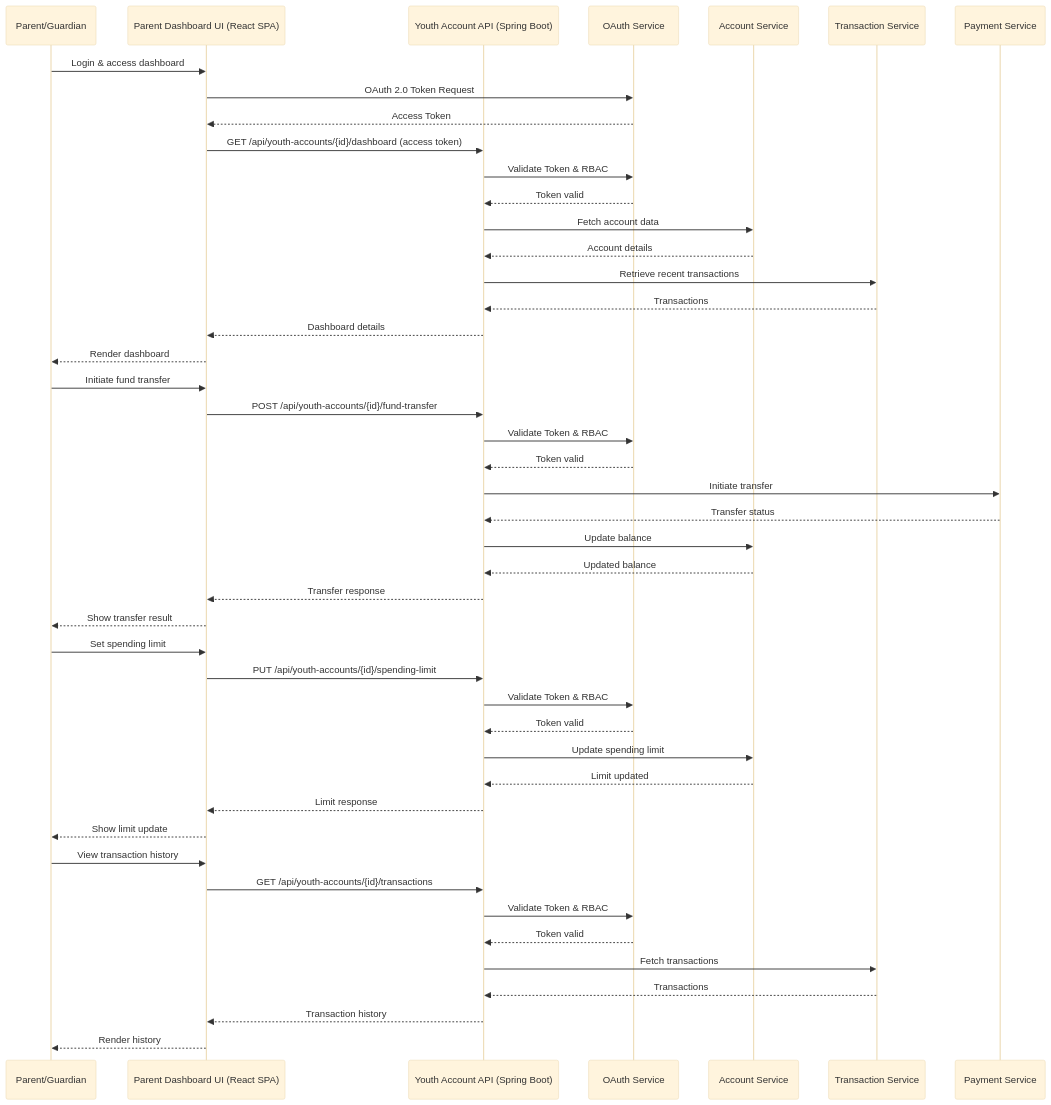
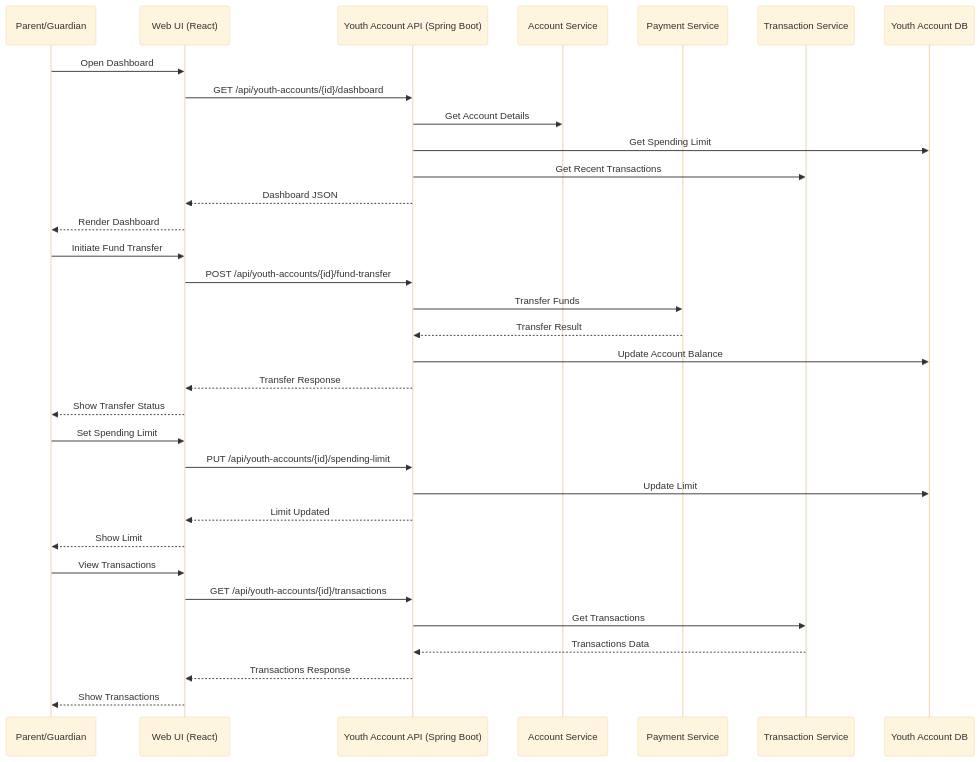
One commit to Ascend-Krithi/SCIB-Inception changed the diagram in Components and Sequence Diagrams/sequence_diagram.mmd. Above: the diagram before and after it, drawn with Mermaid (base theme). The commit also changed 1 other file, not shown here.

```diff
--- a/Components and Sequence Diagrams/sequence_diagram.mmd
+++ b/Components and Sequence Diagrams/sequence_diagram.mmd
@@ -1,51 +1,42 @@
-%% Sequence Diagram for Youth Account Management API
+%% Sequence Diagram for Youth Account Management API (Mermaid)
 sequenceDiagram
-    participant Parent as Parent/Guardian
-    participant UI as Parent Dashboard UI (React SPA)
-    participant API as Youth Account API (Spring Boot)
-    participant Auth as OAuth Service
-    participant AccSvc as Account Service
-    participant TxnSvc as Transaction Service
-    participant PaySvc as Payment Service
+  participant Parent as Parent/Guardian
+  participant UI as Web UI (React)
+  participant API as Youth Account API (Spring Boot)
+  participant Account as Account Service
+  participant Payment as Payment Service
+  participant Transaction as Transaction Service
+  participant DB as Youth Account DB
 
-    Parent->>UI: Login & access dashboard
-    UI->>Auth: OAuth 2.0 Token Request
-    Auth-->>UI: Access Token
-    UI->>API: GET /api/youth-accounts/{id}/dashboard (access token)
-    API->>Auth: Validate Token & RBAC
-    Auth-->>API: Token valid
-    API->>AccSvc: Fetch account data
-    AccSvc-->>API: Account details
-    API->>TxnSvc: Retrieve recent transactions
-    TxnSvc-->>API: Transactions
-    API-->>UI: Dashboard details
-    UI-->>Parent: Render dashboard
+  %% Dashboard Retrieval
+  Parent->>UI: Open Dashboard
+  UI->>API: GET /api/youth-accounts/{id}/dashboard
+  API->>Account: Get Account Details
+  API->>DB: Get Spending Limit
+  API->>Transaction: Get Recent Transactions
+  API-->>UI: Dashboard JSON
+  UI-->>Parent: Render Dashboard
 
-    Parent->>UI: Initiate fund transfer
-    UI->>API: POST /api/youth-accounts/{id}/fund-transfer
-    API->>Auth: Validate Token & RBAC
-    Auth-->>API: Token valid
-    API->>PaySvc: Initiate transfer
-    PaySvc-->>API: Transfer status
-    API->>AccSvc: Update balance
-    AccSvc-->>API: Updated balance
-    API-->>UI: Transfer response
-    UI-->>Parent: Show transfer result
+  %% Fund Transfer
+  Parent->>UI: Initiate Fund Transfer
+  UI->>API: POST /api/youth-accounts/{id}/fund-transfer
+  API->>Payment: Transfer Funds
+  Payment-->>API: Transfer Result
+  API->>DB: Update Account Balance
+  API-->>UI: Transfer Response
+  UI-->>Parent: Show Transfer Status
 
-    Parent->>UI: Set spending limit
-    UI->>API: PUT /api/youth-accounts/{id}/spending-limit
-    API->>Auth: Validate Token & RBAC
-    Auth-->>API: Token valid
-    API->>AccSvc: Update spending limit
-    AccSvc-->>API: Limit updated
-    API-->>UI: Limit response
-    UI-->>Parent: Show limit update
+  %% Set Spending Limit
+  Parent->>UI: Set Spending Limit
+  UI->>API: PUT /api/youth-accounts/{id}/spending-limit
+  API->>DB: Update Limit
+  API-->>UI: Limit Updated
+  UI-->>Parent: Show Limit
 
-    Parent->>UI: View transaction history
-    UI->>API: GET /api/youth-accounts/{id}/transactions
-    API->>Auth: Validate Token & RBAC
-    Auth-->>API: Token valid
-    API->>TxnSvc: Fetch transactions
-    TxnSvc-->>API: Transactions
-    API-->>UI: Transaction history
-    UI-->>Parent: Render history
+  %% Transaction History
+  Parent->>UI: View Transactions
+  UI->>API: GET /api/youth-accounts/{id}/transactions
+  API->>Transaction: Get Transactions
+  Transaction-->>API: Transactions Data
+  API-->>UI: Transactions Response
+  UI-->>Parent: Show Transactions
```
